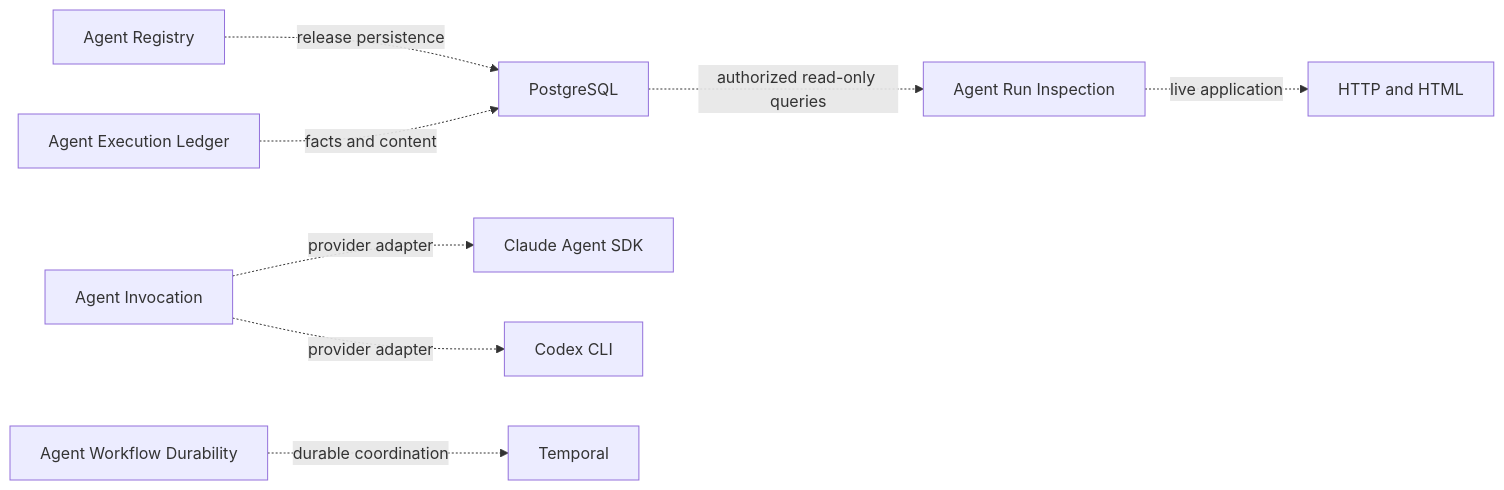
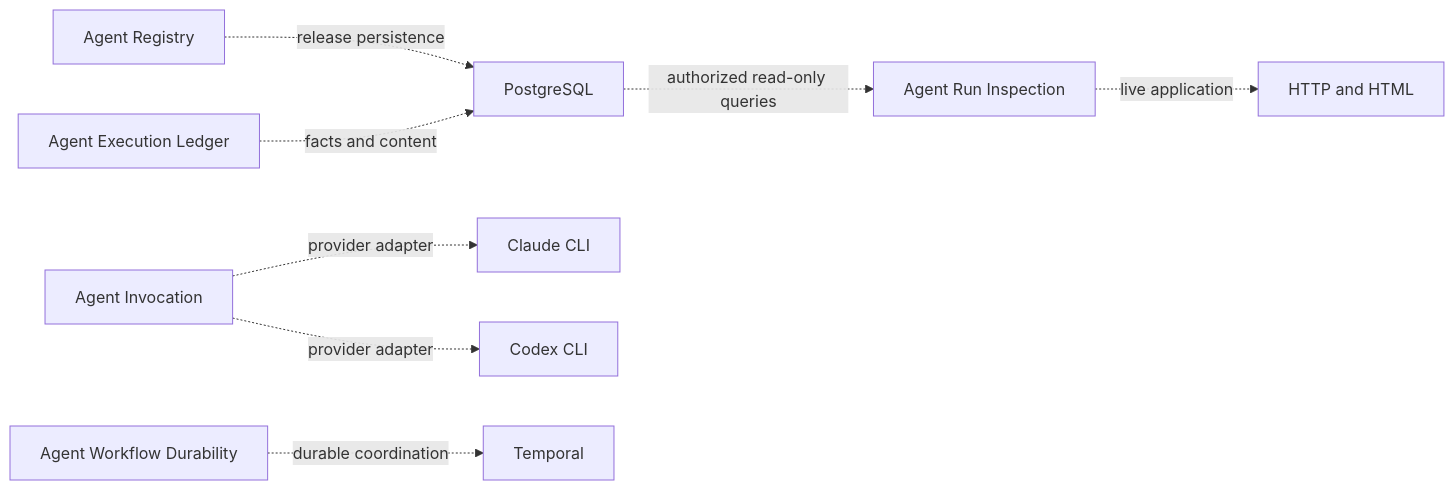
The third of 5 diagrams in README.md (bobaoai/agent_runtime), drawn with Mermaid before and after one commit. The commit also changed other lines of this file and 15 other files, not shown here.

Commit message:
Remove Claude Agent SDK from Runtime execution

````diff
--- a/README.md
+++ b/README.md
@@ -119,10 +119,10 @@
 ```mermaid
 flowchart LR
     REGISTRY["Agent Registry"] -. "release persistence" .-> POSTGRES["PostgreSQL"]
     LEDGER["Agent Execution Ledger"] -. "facts and content" .-> POSTGRES
-    INVOCATION["Agent Invocation"] -. "provider adapter" .-> CLAUDE["Claude Agent SDK"]
+    INVOCATION["Agent Invocation"] -. "provider adapter" .-> CLAUDE["Claude CLI"]
     INVOCATION -. "provider adapter" .-> CODEX["Codex CLI"]
     DURABILITY["Agent Workflow Durability"] -. "durable coordination" .-> TEMPORAL["Temporal"]
     POSTGRES -. "authorized read-only queries" .-> INSPECTION["Agent Run Inspection"]
     INSPECTION -. "live application" .-> HTTP["HTTP and HTML"]
 ```
````
